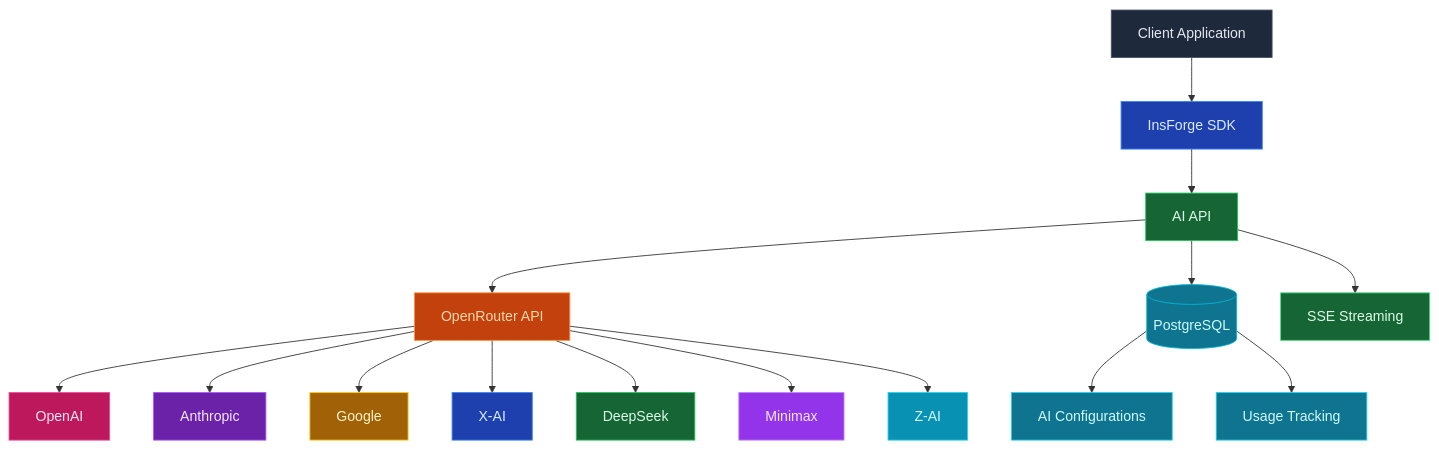
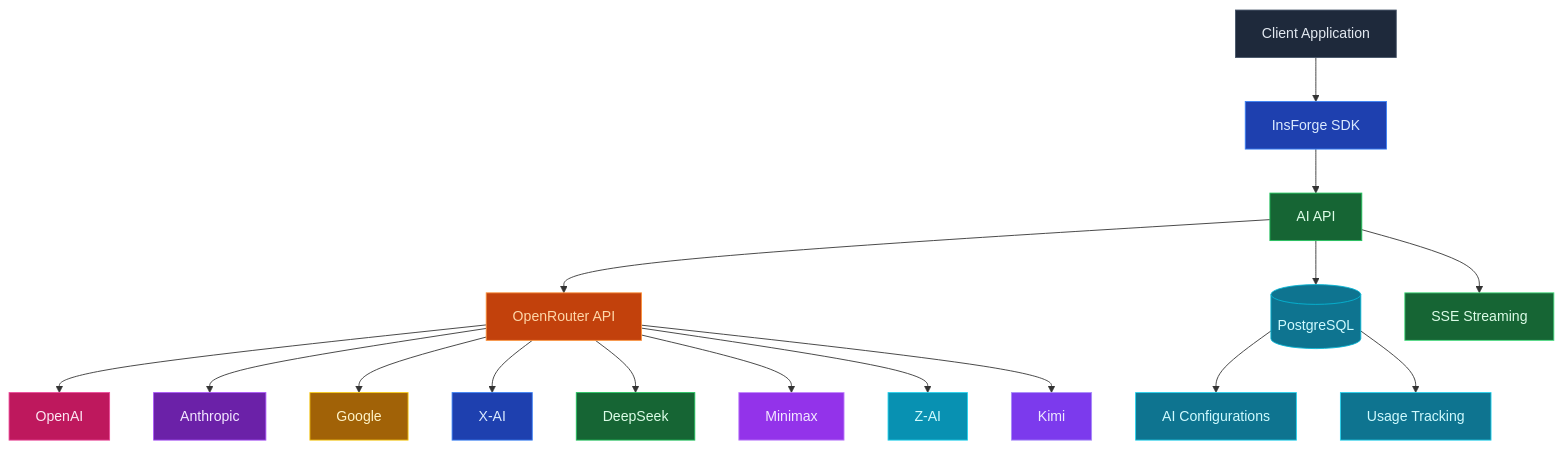
One commit to InsForge/InsForge changed the first of 2 diagrams in docs/core-concepts/ai/architecture.mdx. Above: the diagram before and after it, drawn with Mermaid. The commit also changed other lines of this file, not shown here.

Commit message:
add kimi support docs

````diff
--- a/docs/core-concepts/ai/architecture.mdx
+++ b/docs/core-concepts/ai/architecture.mdx
@@ -12,37 +12,39 @@
 ```mermaid
 graph TB
     Client[Client Application] --> SDK[InsForge SDK]
     SDK --> AIAPI[AI API]
 
     AIAPI --> OpenRouter[OpenRouter API]
     AIAPI --> DB[(PostgreSQL)]
 
     OpenRouter --> OpenAI[OpenAI]
     OpenRouter --> Anthropic[Anthropic]
     OpenRouter --> Google[Google]
     OpenRouter --> XAI[X-AI]
     OpenRouter --> DeepSeek[DeepSeek]
     OpenRouter --> Minimax[Minimax]
     OpenRouter --> ZAI[Z-AI]
+    OpenRouter --> Kimi[Kimi]
 
     DB --> Config[AI Configurations]
     DB --> Usage[Usage Tracking]
 
     AIAPI --> Stream[SSE Streaming]
 
     style Client fill:#1e293b,stroke:#475569,color:#e2e8f0
     style SDK fill:#1e40af,stroke:#3b82f6,color:#dbeafe
     style AIAPI fill:#166534,stroke:#22c55e,color:#dcfce7
     style OpenRouter fill:#c2410c,stroke:#fb923c,color:#fed7aa
     style DB fill:#0e7490,stroke:#06b6d4,color:#cffafe
     style OpenAI fill:#be185d,stroke:#ec4899,color:#fce7f3
     style Anthropic fill:#6b21a8,stroke:#a855f7,color:#f3e8ff
     style Google fill:#a16207,stroke:#facc15,color:#fef3c7
     style XAI fill:#1e40af,stroke:#3b82f6,color:#dbeafe
     style DeepSeek fill:#166534,stroke:#22c55e,color:#dcfce7
     style Minimax fill:#9333ea,stroke:#c084fc,color:#f3e8ff
     style ZAI fill:#0891b2,stroke:#22d3ee,color:#cffafe
+    style Kimi fill:#7c3aed,stroke:#a78bfa,color:#ede9fe
     style Config fill:#0e7490,stroke:#22d3ee,color:#cffafe
     style Usage fill:#0e7490,stroke:#22d3ee,color:#cffafe
     style Stream fill:#166534,stroke:#4ade80,color:#dcfce7
 ```
````
